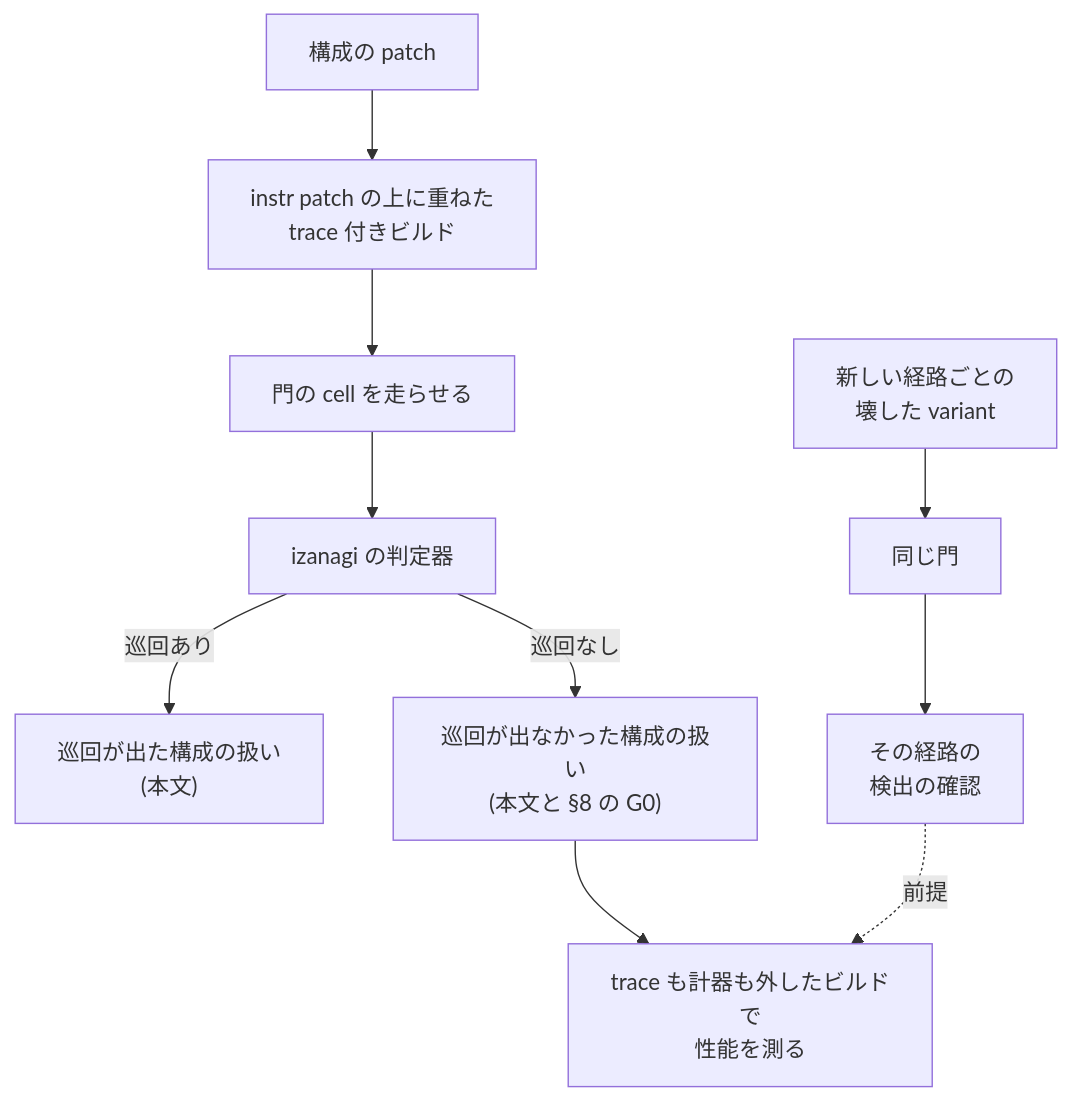
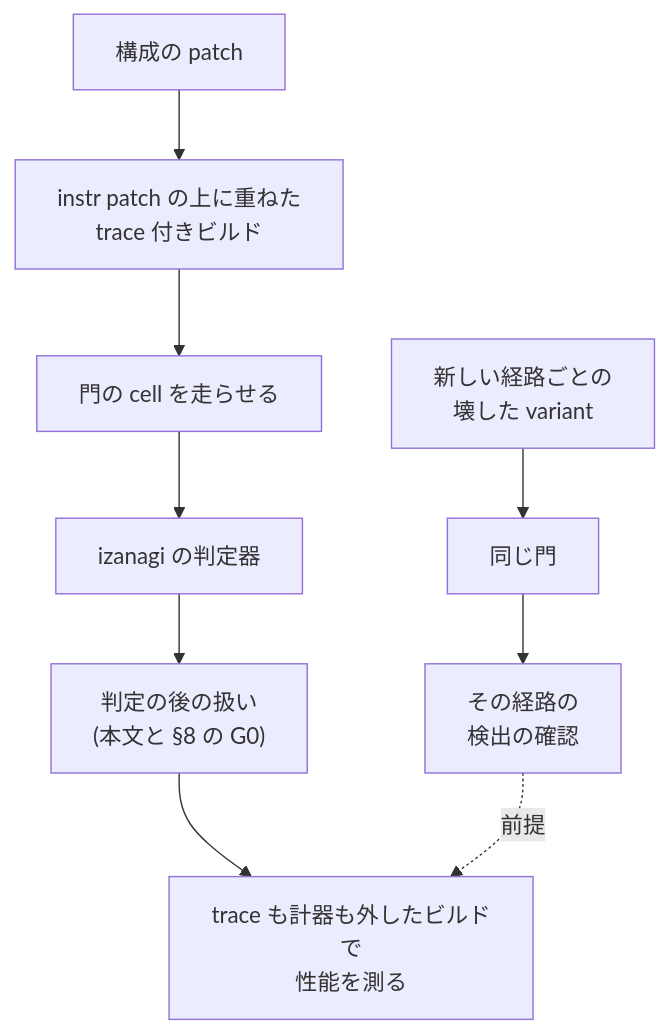
Before and after one commit to thawk105/izanagi: diagram 25 of 33 in docs/paper-story-vhash/2026-09-29b.md, drawn with Mermaid. The commit also changed other lines of this file and 1 other file, not shown here.

````diff
--- a/docs/paper-story-vhash/2026-09-29b.md
+++ b/docs/paper-story-vhash/2026-09-29b.md
@@ -782,11 +782,10 @@
 ```mermaid
 flowchart TB
   v["構成の patch"] --> tb["instr patch の上に重ねた<br/>trace 付きビルド"]
   tb --> run["門の cell を走らせる"]
   run --> judge["izanagi の判定器"]
-  judge -->|"巡回あり"| out["巡回が出た構成の扱い<br/>(本文)"]
-  judge -->|"巡回なし"| ind["巡回が出なかった構成の扱い<br/>(本文と §8 の G0)"]
-  ind --> perf["trace も計器も外したビルドで<br/>性能を測る"]
+  judge --> after["判定の後の扱い<br/>(本文と §8 の G0)"]
+  after --> perf["trace も計器も外したビルドで<br/>性能を測る"]
   pos["新しい経路ごとの<br/>壊した variant"] --> tb2["同じ門"] --> power["その経路の<br/>検出の確認"]
   power -.前提.-> perf
 ```
````
